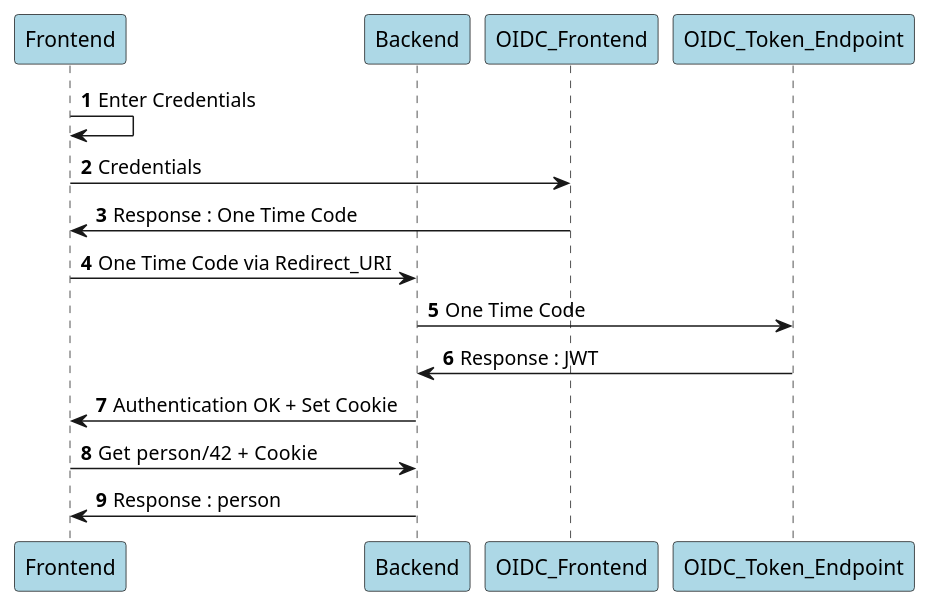
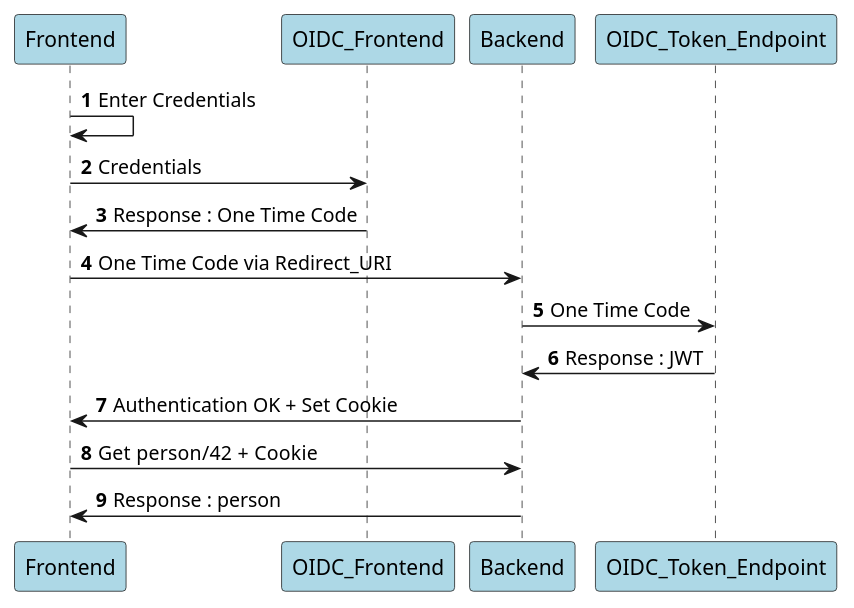
One commit to goafabric/spring-authorization-server changed the diagram in doc/security/oidc_frontend_flow.puml. Above: the diagram before and after it, drawn with PlantUML. The commit also changed other lines of this file and 1 other file, not shown here.

```diff
--- a/doc/security/oidc_frontend_flow.puml
+++ b/doc/security/oidc_frontend_flow.puml
@@ -1,21 +1,21 @@
 @startuml
 'https://plantuml.com/sequence-diagram
 
 autonumber
 
 participant Frontend #lightblue
+participant OIDC_Frontend #lightblue
 participant Backend #lightblue
-participant OIDC_Frontend #lightblue
 participant OIDC_Token_Endpoint #lightblue
 
 Frontend -> Frontend : Enter Credentials
 Frontend -> OIDC_Frontend : Credentials
 OIDC_Frontend -> Frontend : Response : One Time Code
 Frontend -> Backend  : One Time Code via Redirect_URI
 Backend ->  OIDC_Token_Endpoint : One Time Code
 OIDC_Token_Endpoint -> Backend : Response : JWT
 Backend -> Frontend : Authentication OK + Set Cookie
 Frontend -> Backend : Get person/42  + Cookie
 Backend ->  Frontend : Response : person
 
 @enduml
```
